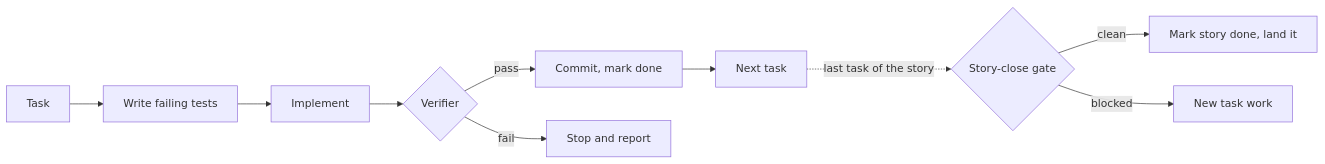
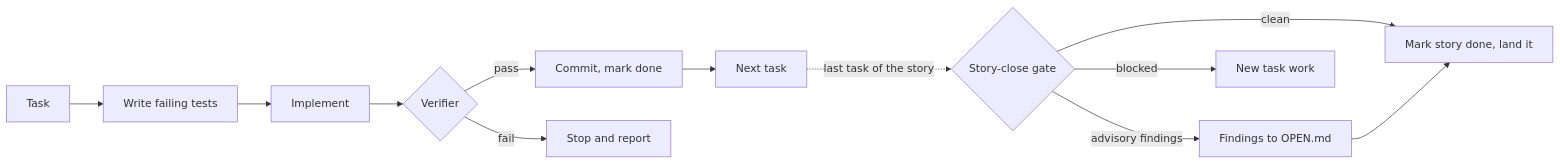
One commit to markstrefford/claude-skills changed the second of 2 diagrams in docs/lifecycle.md. Above: the diagram before and after it, drawn with Mermaid. The commit also changed other lines of this file and 13 other files, not shown here.

````diff
--- a/docs/lifecycle.md
+++ b/docs/lifecycle.md
@@ -38,9 +38,10 @@
 ```mermaid
 flowchart LR
     t[Task] --> tests[Write failing tests] --> code[Implement] --> v{Verifier}
     v -->|pass| commit[Commit, mark done] --> next[Next task]
     v -->|fail| stop[Stop and report]
     next -.->|last task of the story| gate{Story-close gate}
     gate -->|clean| land[Mark story done, land it]
+    gate -->|advisory findings| open[Findings to OPEN.md] --> land
     gate -->|blocked| fix[New task work]
 ```
````
